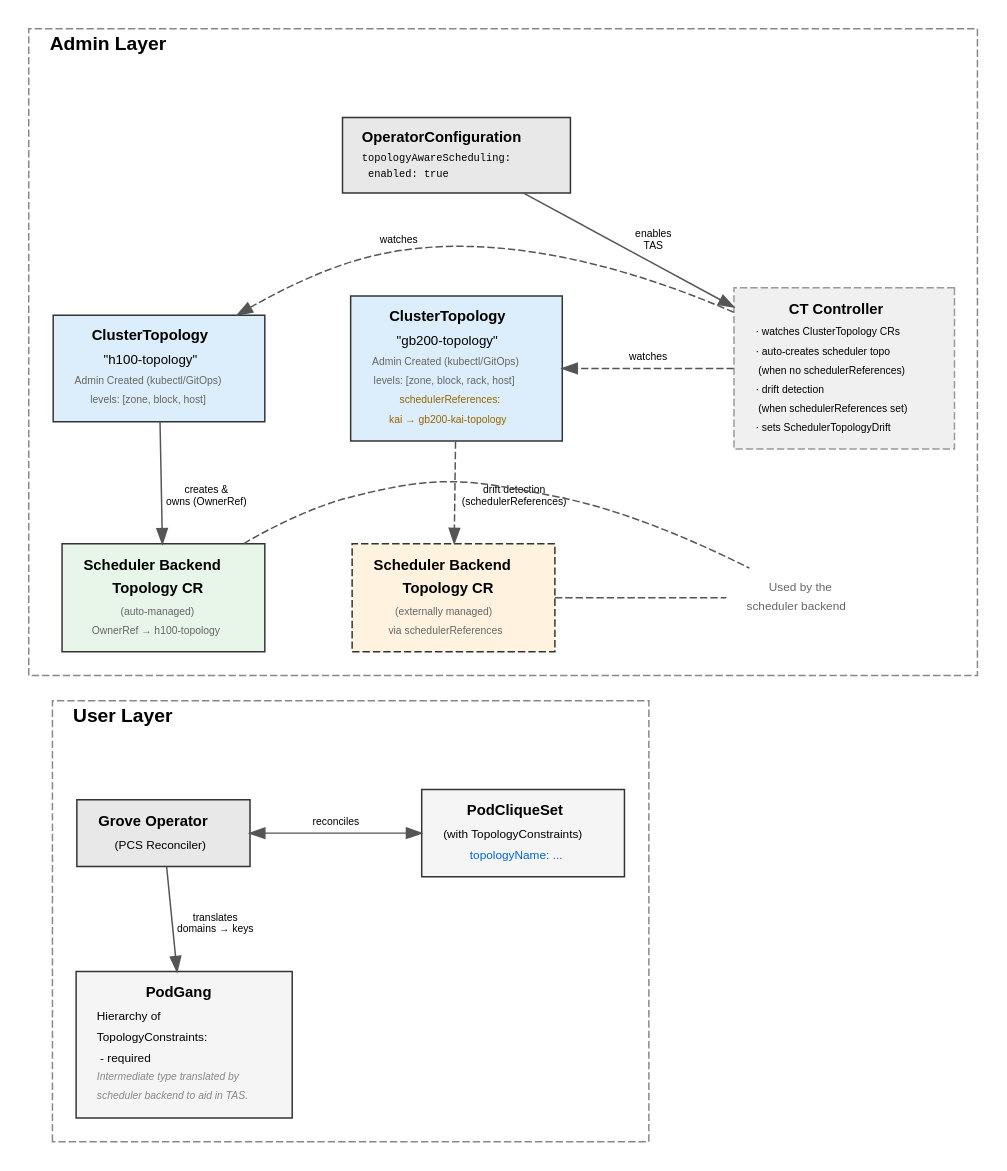
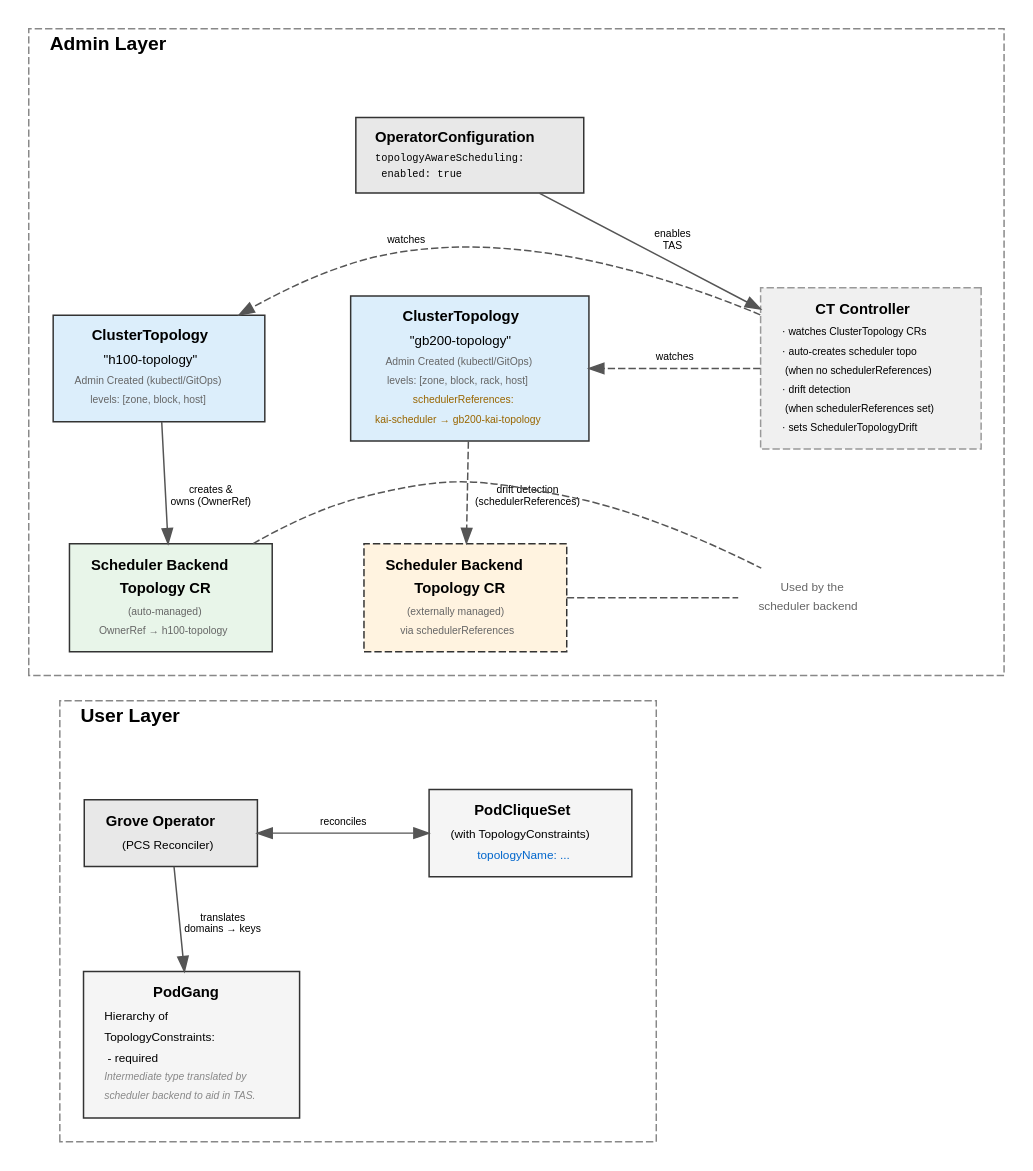
One commit to ai-dynamo/grove changed the diagram in docs/proposals/244-topology-aware-scheduling/assets/tas-highlevel-architecture.dot. Above: the diagram before and after it, drawn with Graphviz. The commit also changed 1 other file, not shown here.

```diff
--- a/docs/proposals/244-topology-aware-scheduling/assets/tas-highlevel-architecture.dot
+++ b/docs/proposals/244-topology-aware-scheduling/assets/tas-highlevel-architecture.dot
@@ -1,192 +1,192 @@
 digraph TASArchitecture {
     // Global settings
     rankdir=TB;
     fontname="Helvetica";
     fontsize=11;
     node [fontname="Helvetica", fontsize=10, shape=box, style="filled", fillcolor="#f5f5f5", color="#333333", margin="0.15,0.1"];
     edge [fontname="Helvetica", fontsize=7, color="#555555"];
     nodesep=0.8;
     ranksep=0.65;
     newrank=true;
 
     // ===== ADMIN LAYER =====
     subgraph cluster_admin {
         label="Admin Layer";
         labeljust="l";
         labelloc="t";
         fontsize=13;
         fontname="Helvetica-Bold";
         style="dashed";
         color="#888888";
         bgcolor="#ffffff";
         margin="16";
 
         // Row 1: OperatorConfiguration (simplified — just the TAS flag)
         opconfig [
             label=<
             <TABLE BORDER="0" CELLBORDER="0" CELLSPACING="1" CELLPADDING="1">
             <TR><TD><B>OperatorConfiguration</B></TD></TR>
             <TR><TD ALIGN="LEFT"><FONT POINT-SIZE="7.5" FACE="Courier">topologyAwareScheduling:</FONT></TD></TR>
             <TR><TD ALIGN="LEFT"><FONT POINT-SIZE="7.5" FACE="Courier">  enabled: true</FONT></TD></TR>
             </TABLE>>,
             shape=box,
             fillcolor="#e8e8e8"
         ];
 
         // Row 2: ClusterTopologies + CT Controller
         ct_h100 [
             label=<
             <TABLE BORDER="0" CELLBORDER="0" CELLSPACING="1" CELLPADDING="2">
             <TR><TD><B>ClusterTopology</B></TD></TR>
             <TR><TD><FONT POINT-SIZE="9">"h100-topology"</FONT></TD></TR>
             <TR><TD><FONT POINT-SIZE="7" COLOR="#666666">Admin Created (kubectl/GitOps)</FONT></TD></TR>
             <TR><TD><FONT POINT-SIZE="7" COLOR="#666666">levels: [zone, block, host]</FONT></TD></TR>
             </TABLE>>,
             fillcolor="#dceefb"
         ];
 
         ct_gb200 [
             label=<
             <TABLE BORDER="0" CELLBORDER="0" CELLSPACING="1" CELLPADDING="2">
             <TR><TD><B>ClusterTopology</B></TD></TR>
             <TR><TD><FONT POINT-SIZE="9">"gb200-topology"</FONT></TD></TR>
             <TR><TD><FONT POINT-SIZE="7" COLOR="#666666">Admin Created (kubectl/GitOps)</FONT></TD></TR>
             <TR><TD><FONT POINT-SIZE="7" COLOR="#666666">levels: [zone, block, rack, host]</FONT></TD></TR>
             <TR><TD><FONT POINT-SIZE="7" COLOR="#996600">schedulerReferences:</FONT></TD></TR>
-            <TR><TD><FONT POINT-SIZE="7" COLOR="#996600">  kai → gb200-kai-topology</FONT></TD></TR>
+            <TR><TD><FONT POINT-SIZE="7" COLOR="#996600">  kai-scheduler → gb200-kai-topology</FONT></TD></TR>
             </TABLE>>,
             fillcolor="#dceefb"
         ];
 
         ct_controller [
             label=<
             <TABLE BORDER="0" CELLBORDER="0" CELLSPACING="1" CELLPADDING="2">
             <TR><TD><B>CT Controller</B></TD></TR>
             <TR><TD ALIGN="LEFT"><FONT POINT-SIZE="7">· watches ClusterTopology CRs</FONT></TD></TR>
             <TR><TD ALIGN="LEFT"><FONT POINT-SIZE="7">· auto-creates scheduler topo</FONT></TD></TR>
             <TR><TD ALIGN="LEFT"><FONT POINT-SIZE="7">  (when no schedulerReferences)</FONT></TD></TR>
             <TR><TD ALIGN="LEFT"><FONT POINT-SIZE="7">· drift detection</FONT></TD></TR>
             <TR><TD ALIGN="LEFT"><FONT POINT-SIZE="7">  (when schedulerReferences set)</FONT></TD></TR>
             <TR><TD ALIGN="LEFT"><FONT POINT-SIZE="7">· sets SchedulerTopologyDrift</FONT></TD></TR>
             </TABLE>>,
             shape=box,
             style="filled,dashed",
             fillcolor="#f0f0f0",
             color="#999999"
         ];
 
         // Row 3: Scheduler Backend Topology CRs
         sched_h100 [
             label=<
             <TABLE BORDER="0" CELLBORDER="0" CELLSPACING="1" CELLPADDING="2">
             <TR><TD><B>Scheduler Backend</B></TD></TR>
             <TR><TD><B>Topology CR</B></TD></TR>
             <TR><TD><FONT POINT-SIZE="7" COLOR="#666666">(auto-managed)</FONT></TD></TR>
             <TR><TD><FONT POINT-SIZE="7" COLOR="#666666">OwnerRef → h100-topology</FONT></TD></TR>
             </TABLE>>,
             fillcolor="#e8f5e9"
         ];
 
         sched_gb200 [
             label=<
             <TABLE BORDER="0" CELLBORDER="0" CELLSPACING="1" CELLPADDING="2">
             <TR><TD><B>Scheduler Backend</B></TD></TR>
             <TR><TD><B>Topology CR</B></TD></TR>
             <TR><TD><FONT POINT-SIZE="7" COLOR="#666666">(externally managed)</FONT></TD></TR>
             <TR><TD><FONT POINT-SIZE="7" COLOR="#666666">via schedulerReferences</FONT></TD></TR>
             </TABLE>>,
             fillcolor="#fff3e0",
             style="filled,dashed"
         ];
 
         scheduler_label [
             label=<
             <TABLE BORDER="0" CELLBORDER="0" CELLSPACING="0">
             <TR><TD><FONT POINT-SIZE="8" COLOR="#666666">Used by the</FONT></TD></TR>
             <TR><TD><FONT POINT-SIZE="8" COLOR="#666666">scheduler backend</FONT></TD></TR>
             </TABLE>>,
             shape=plaintext,
             fillcolor="transparent",
             style=""
         ];
 
         // Row ranking within admin
         {rank=same; ct_h100; ct_gb200; ct_controller}
         {rank=same; sched_h100; sched_gb200; scheduler_label}
     }
 
     // ===== USER LAYER =====
     subgraph cluster_user {
         label="User Layer";
         labeljust="l";
         labelloc="t";
         fontsize=13;
         fontname="Helvetica-Bold";
         style="dashed";
         color="#888888";
         bgcolor="#ffffff";
         margin="16";
 
         grove_operator [
             label=<
             <TABLE BORDER="0" CELLBORDER="0" CELLSPACING="1" CELLPADDING="2">
             <TR><TD><B>Grove Operator</B></TD></TR>
             <TR><TD><FONT POINT-SIZE="8">(PCS Reconciler)</FONT></TD></TR>
             </TABLE>>,
             fillcolor="#e8e8e8"
         ];
 
         pcs [
             label=<
             <TABLE BORDER="0" CELLBORDER="0" CELLSPACING="1" CELLPADDING="2">
             <TR><TD><B>PodCliqueSet</B></TD></TR>
             <TR><TD><FONT POINT-SIZE="8">(with TopologyConstraints)</FONT></TD></TR>
             <TR><TD><FONT POINT-SIZE="8" COLOR="#0066cc">topologyName: ...</FONT></TD></TR>
             </TABLE>>,
             fillcolor="#f5f5f5"
         ];
 
         podgang [
             label=<
             <TABLE BORDER="0" CELLBORDER="0" CELLSPACING="1" CELLPADDING="2">
             <TR><TD><B>PodGang</B></TD></TR>
             <TR><TD ALIGN="LEFT"><FONT POINT-SIZE="8">Hierarchy of</FONT></TD></TR>
             <TR><TD ALIGN="LEFT"><FONT POINT-SIZE="8">TopologyConstraints:</FONT></TD></TR>
             <TR><TD ALIGN="LEFT"><FONT POINT-SIZE="8">  - required</FONT></TD></TR>
             <TR><TD><FONT POINT-SIZE="7" COLOR="#888888"><I>Intermediate type translated by</I></FONT></TD></TR>
             <TR><TD><FONT POINT-SIZE="7" COLOR="#888888"><I>scheduler backend to aid in TAS.</I></FONT></TD></TR>
             </TABLE>>,
             fillcolor="#f5f5f5"
         ];
 
         {rank=same; grove_operator; pcs}
     }
 
     // ===== EDGES =====
 
     // Admin Layer: OperatorConfiguration -> CT Controller
     opconfig -> ct_controller [label="  enables\n  TAS"];
 
     // Layout: keep CTs below OperatorConfiguration
     opconfig -> ct_h100 [style=invis];
     opconfig -> ct_gb200 [style=invis];
 
     // Admin Layer: CT Controller watches ClusterTopologies
     ct_controller -> ct_h100 [label="watches", style=dashed, constraint=false];
     ct_controller -> ct_gb200 [label="watches", style=dashed, constraint=false];
 
     // Admin Layer: ClusterTopology -> Scheduler Backend
     ct_h100 -> sched_h100 [label="creates &\nowns (OwnerRef)"];
     ct_gb200 -> sched_gb200 [label="drift detection\n(schedulerReferences)", style=dashed];
 
     // Admin Layer: Scheduler Backend -> label
     sched_h100 -> scheduler_label [style=dashed, arrowhead=none];
     sched_gb200 -> scheduler_label [style=dashed, arrowhead=none];
 
     // User Layer internal
     grove_operator -> pcs [label="reconciles", dir=both];
     grove_operator -> podgang [label="translates\ndomains → keys"];
 
     // Layout: force user layer below admin layer
     sched_h100 -> grove_operator [style=invis];
 }
```
